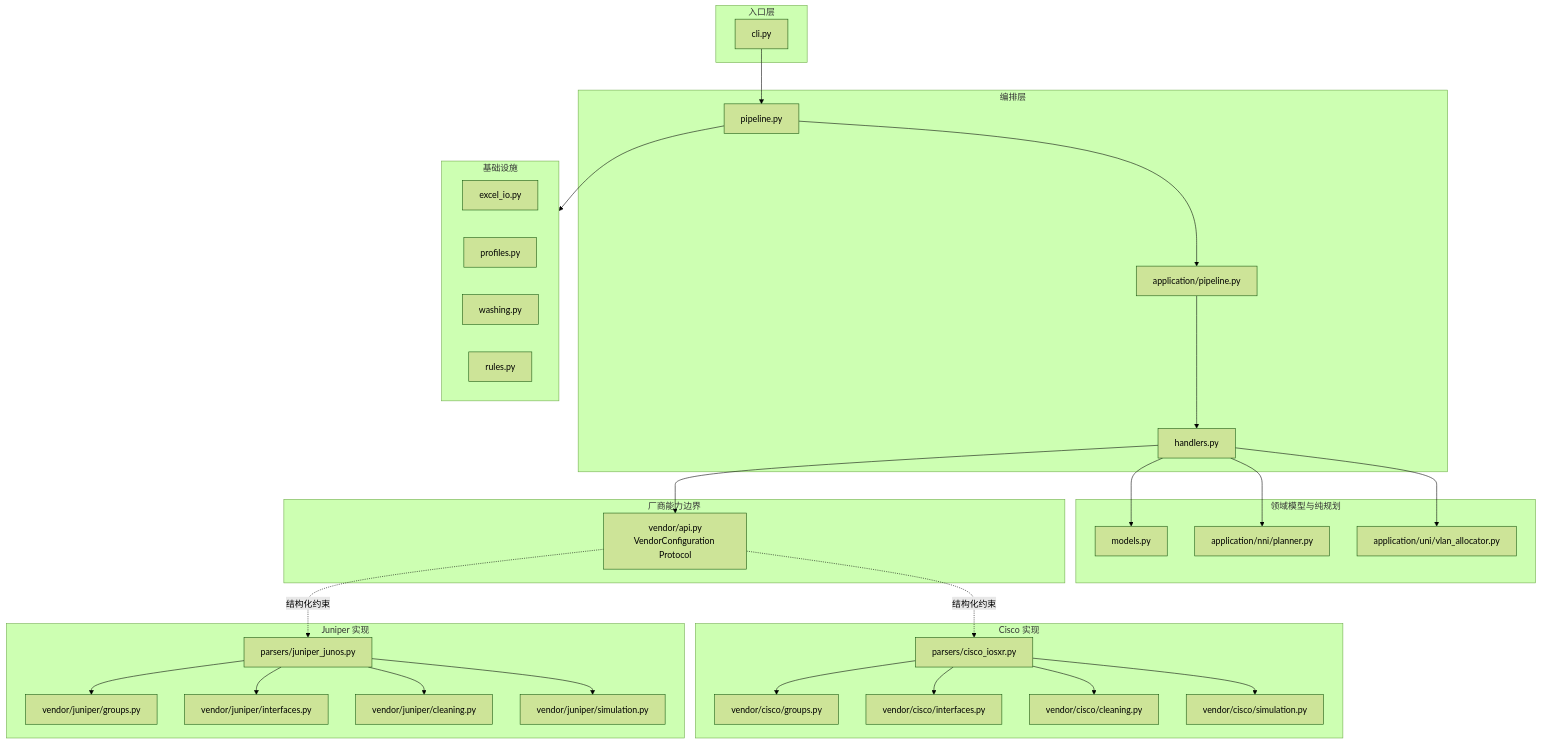
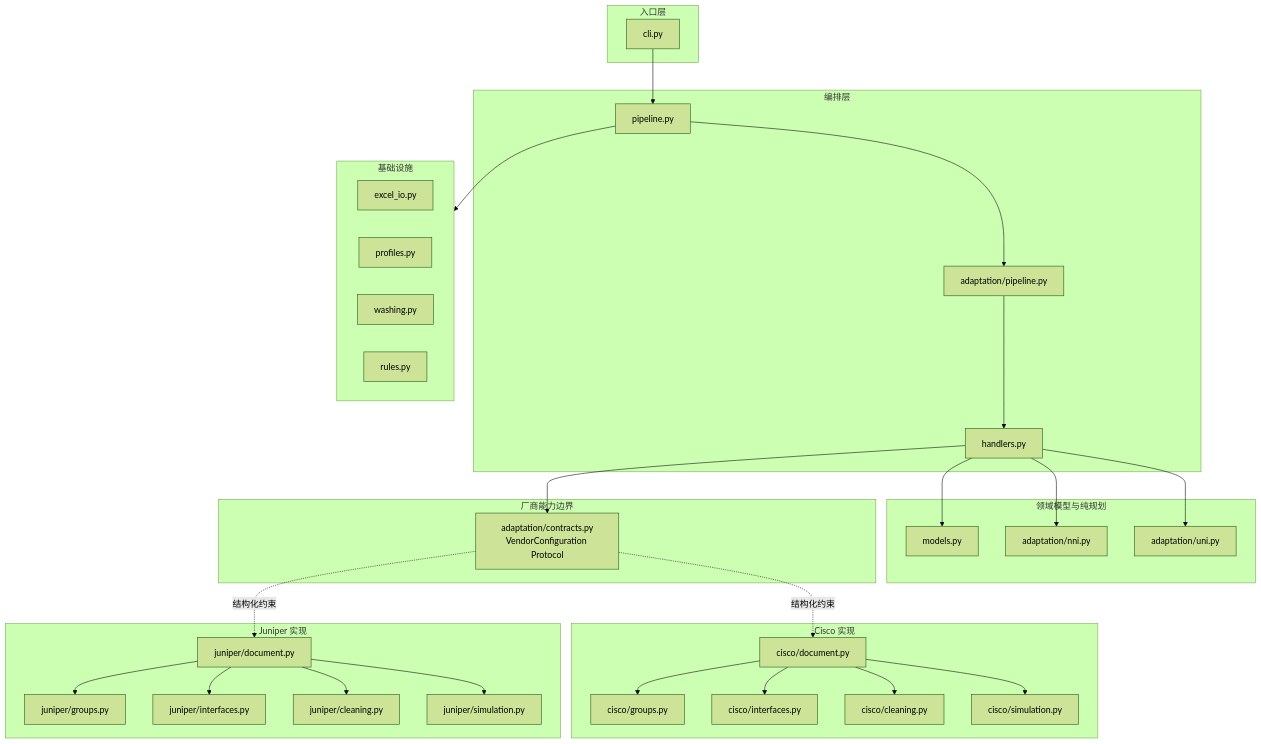
One commit to xiaobaozi01/config-mapping changed the fifth of 12 diagrams in docs/onboarding-guide.md. Above: the diagram before and after it, drawn with Mermaid (forest theme). The commit also changed other lines of this file and 100 other files, not shown here.

````diff
--- a/docs/onboarding-guide.md
+++ b/docs/onboarding-guide.md
@@ -231,64 +231,64 @@
 ```mermaid
 flowchart TB
     subgraph Delivery[入口层]
         CLI[cli.py]
     end
 
     subgraph Orchestration[编排层]
         Entry[pipeline.py]
         Handlers[handlers.py]
-        AppPipe[application/pipeline.py]
+        AppPipe[adaptation/pipeline.py]
     end
 
     subgraph Domain[领域模型与纯规划]
         Models[models.py]
-        NniPlan[application/nni/planner.py]
-        Vlan[application/uni/vlan_allocator.py]
+        NniPlan[adaptation/nni.py]
+        Vlan[adaptation/uni.py]
     end
 
     subgraph Port[厂商能力边界]
-        API[vendor/api.py<br/>VendorConfiguration Protocol]
+        API[adaptation/contracts.py<br/>VendorConfiguration Protocol]
     end
 
     subgraph Cisco[Cisco 实现]
-        CiscoParser[parsers/cisco_iosxr.py]
-        CiscoGroups[vendor/cisco/groups.py]
-        CiscoInterfaces[vendor/cisco/interfaces.py]
-        CiscoCleaning[vendor/cisco/cleaning.py]
-        CiscoSimulation[vendor/cisco/simulation.py]
+        CiscoParser[cisco/document.py]
+        CiscoGroups[cisco/groups.py]
+        CiscoInterfaces[cisco/interfaces.py]
+        CiscoCleaning[cisco/cleaning.py]
+        CiscoSimulation[cisco/simulation.py]
     end
 
     subgraph Juniper[Juniper 实现]
-        JunosParser[parsers/juniper_junos.py]
-        JunosGroups[vendor/juniper/groups.py]
-        JunosInterfaces[vendor/juniper/interfaces.py]
-        JunosCleaning[vendor/juniper/cleaning.py]
-        JunosSimulation[vendor/juniper/simulation.py]
+        JunosParser[juniper/document.py]
+        JunosGroups[juniper/groups.py]
+        JunosInterfaces[juniper/interfaces.py]
+        JunosCleaning[juniper/cleaning.py]
+        JunosSimulation[juniper/simulation.py]
     end
 
     subgraph IO[基础设施]
         Excel[excel_io.py]
         Profiles[profiles.py]
         Washing[washing.py]
         Rules[rules.py]
     end
 
     CLI --> Entry
     Entry --> IO
     Entry --> AppPipe
     AppPipe --> Handlers
     Handlers --> Models
     Handlers --> NniPlan
     Handlers --> Vlan
     Handlers --> API
     API -.结构化约束.-> CiscoParser
     API -.结构化约束.-> JunosParser
     CiscoParser --> CiscoGroups
     CiscoParser --> CiscoInterfaces
     CiscoParser --> CiscoCleaning
     CiscoParser --> CiscoSimulation
     JunosParser --> JunosGroups
     JunosParser --> JunosInterfaces
     JunosParser --> JunosCleaning
     JunosParser --> JunosSimulation
 ```
````
